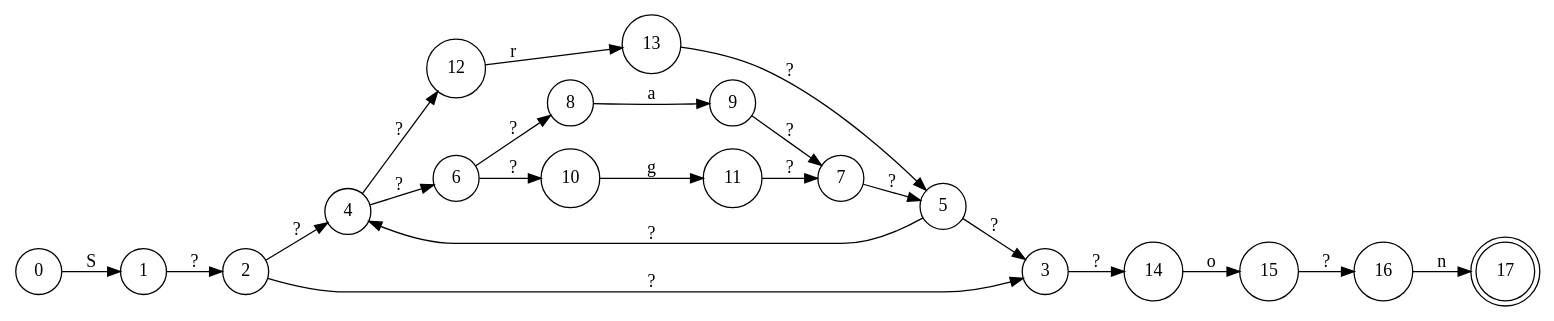
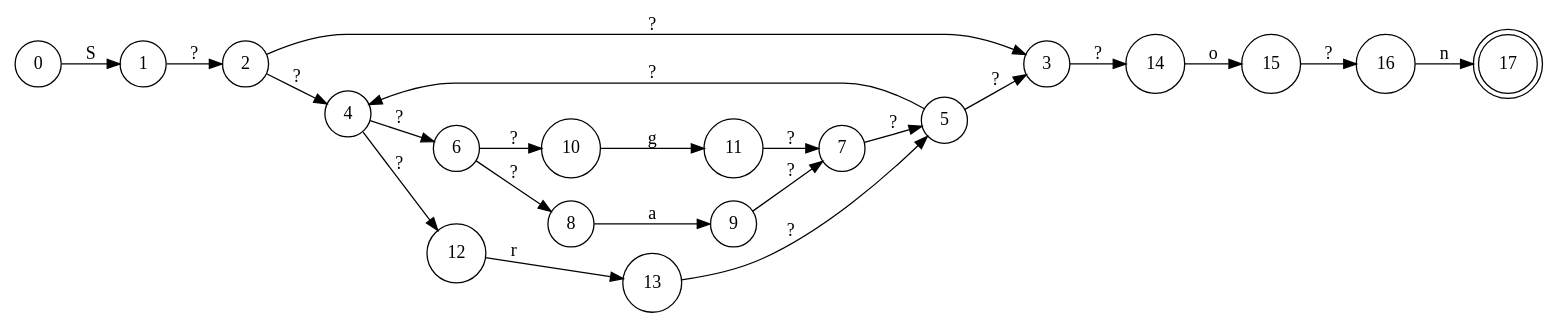
The diagram in DAAR/Projects/egrep/results/ndfa.dot (Yanis540/M2), drawn with Graphviz before and after one commit. The commit also changed other lines of this file and 6 other files, not shown here.

```diff
--- a/DAAR/Projects/egrep/results/ndfa.dot
+++ b/DAAR/Projects/egrep/results/ndfa.dot
@@ -1,26 +1,26 @@
 digraph NDFA {
   rankdir=LR;
   node [shape = circle];
+  0 -> 1 [label="S"];
   1 -> 2 [label="?"];
+  3 -> 14 [label="?"];
+  13 -> 5 [label="?"];
+  4 -> 6 [label="?"];
   4 -> 12 [label="?"];
-  4 -> 6 [label="?"];
-  14 -> 15 [label="o"];
-  5 -> 4 [label="?"];
-  5 -> 3 [label="?"];
-  11 -> 7 [label="?"];
-  17 [shape = doublecircle];
-  7 -> 5 [label="?"];
-  9 -> 7 [label="?"];
-  12 -> 13 [label="r"];
-  8 -> 9 [label="a"];
-  0 -> 1 [label="S"];
-  15 -> 16 [label="?"];
-  2 -> 4 [label="?"];
-  2 -> 3 [label="?"];
-  13 -> 5 [label="?"];
+  10 -> 11 [label="g"];
   16 -> 17 [label="n"];
-  3 -> 14 [label="?"];
-  10 -> 11 [label="g"];
   6 -> 8 [label="?"];
   6 -> 10 [label="?"];
+  8 -> 9 [label="a"];
+  11 -> 7 [label="?"];
+  7 -> 5 [label="?"];
+  14 -> 15 [label="o"];
+  12 -> 13 [label="r"];
+  15 -> 16 [label="?"];
+  2 -> 3 [label="?"];
+  2 -> 4 [label="?"];
+  17 [shape = doublecircle];
+  9 -> 7 [label="?"];
+  5 -> 3 [label="?"];
+  5 -> 4 [label="?"];
 }
```
